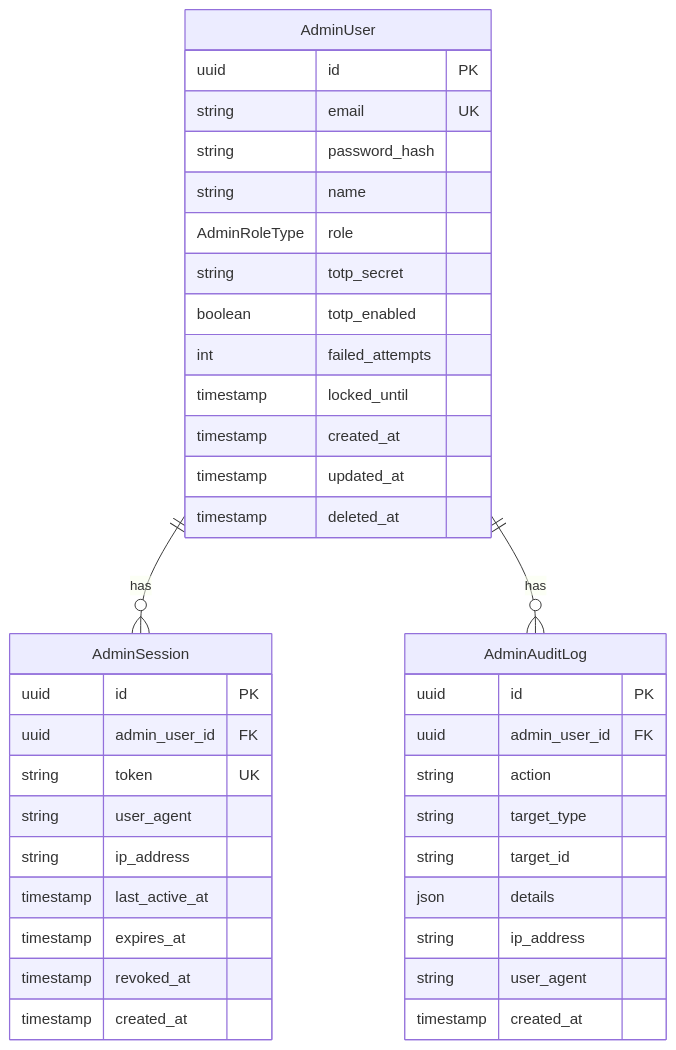
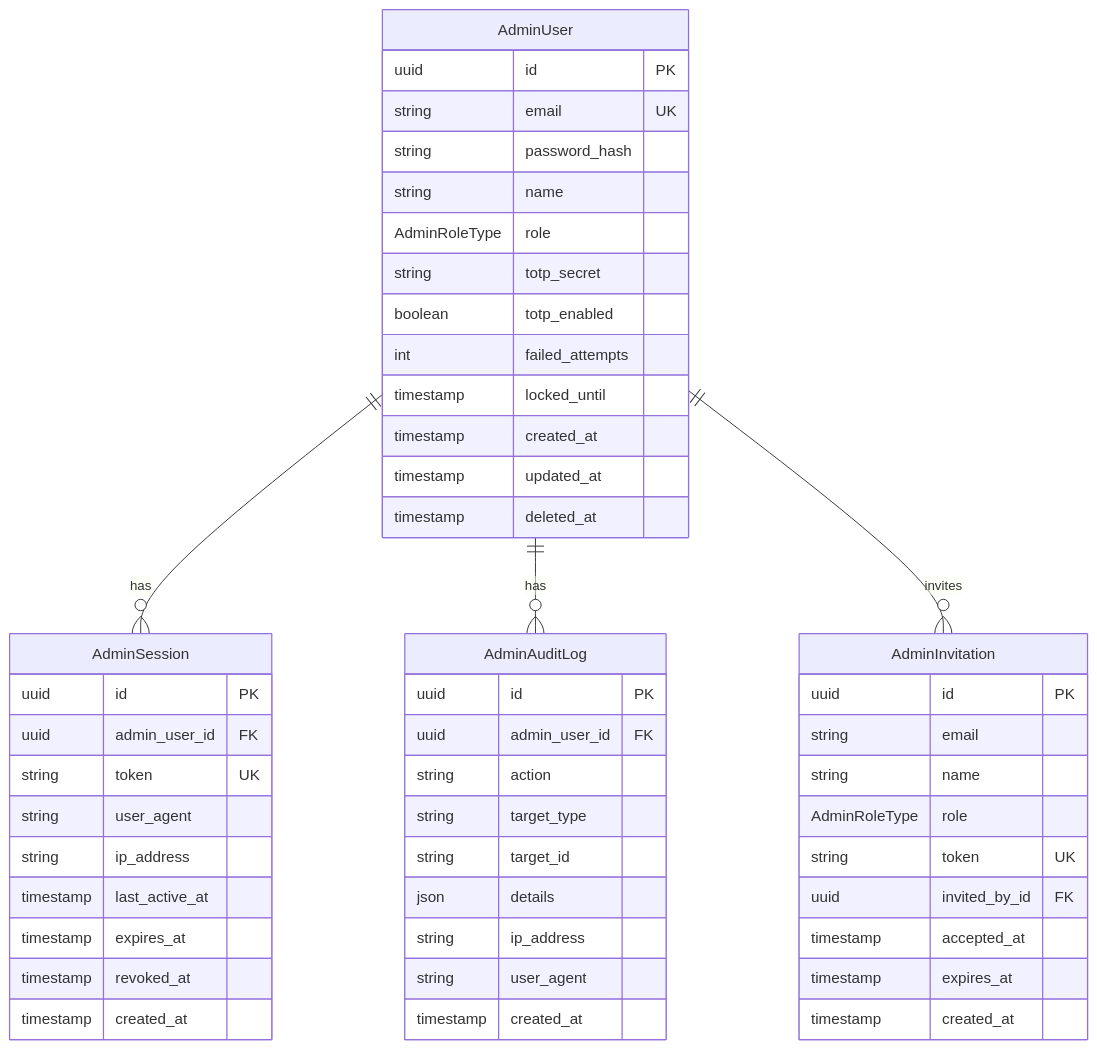
The diagram in docs/architecture/database/admin-auth.md (tsutsumi389/agentest), drawn with Mermaid before and after one commit. The commit also changed other lines of this file and 4 other files, not shown here.

````diff
--- a/docs/architecture/database/admin-auth.md
+++ b/docs/architecture/database/admin-auth.md
@@ -145,44 +191,57 @@
 ```mermaid
 erDiagram
     AdminUser ||--o{ AdminSession : "has"
     AdminUser ||--o{ AdminAuditLog : "has"
+    AdminUser ||--o{ AdminInvitation : "invites"
 
     AdminUser {
         uuid id PK
         string email UK
         string password_hash
         string name
         AdminRoleType role
         string totp_secret
         boolean totp_enabled
         int failed_attempts
         timestamp locked_until
         timestamp created_at
         timestamp updated_at
         timestamp deleted_at
     }
 
     AdminSession {
         uuid id PK
         uuid admin_user_id FK
         string token UK
         string user_agent
         string ip_address
         timestamp last_active_at
         timestamp expires_at
         timestamp revoked_at
         timestamp created_at
     }
 
     AdminAuditLog {
         uuid id PK
         uuid admin_user_id FK
         string action
         string target_type
         string target_id
         json details
         string ip_address
         string user_agent
         timestamp created_at
     }
+
+    AdminInvitation {
+        uuid id PK
+        string email
+        string name
+        AdminRoleType role
+        string token UK
+        uuid invited_by_id FK
+        timestamp accepted_at
+        timestamp expires_at
+        timestamp created_at
+    }
 ```
````
